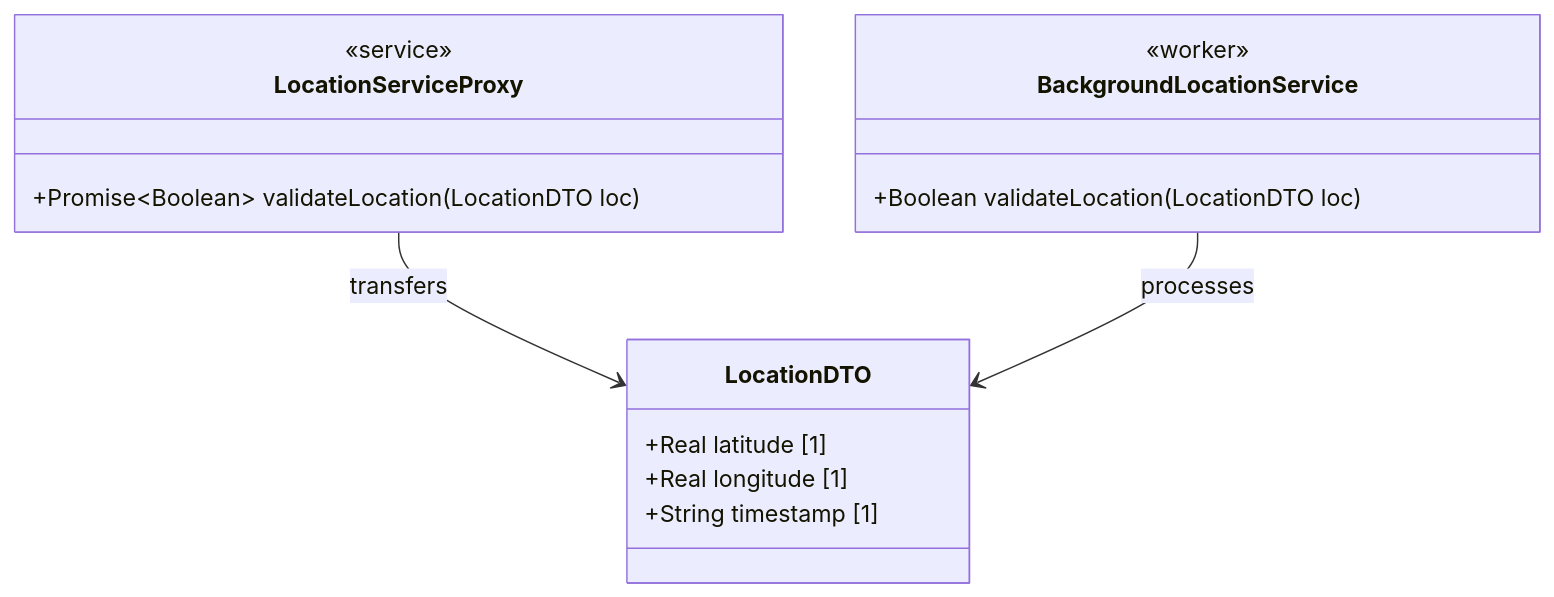
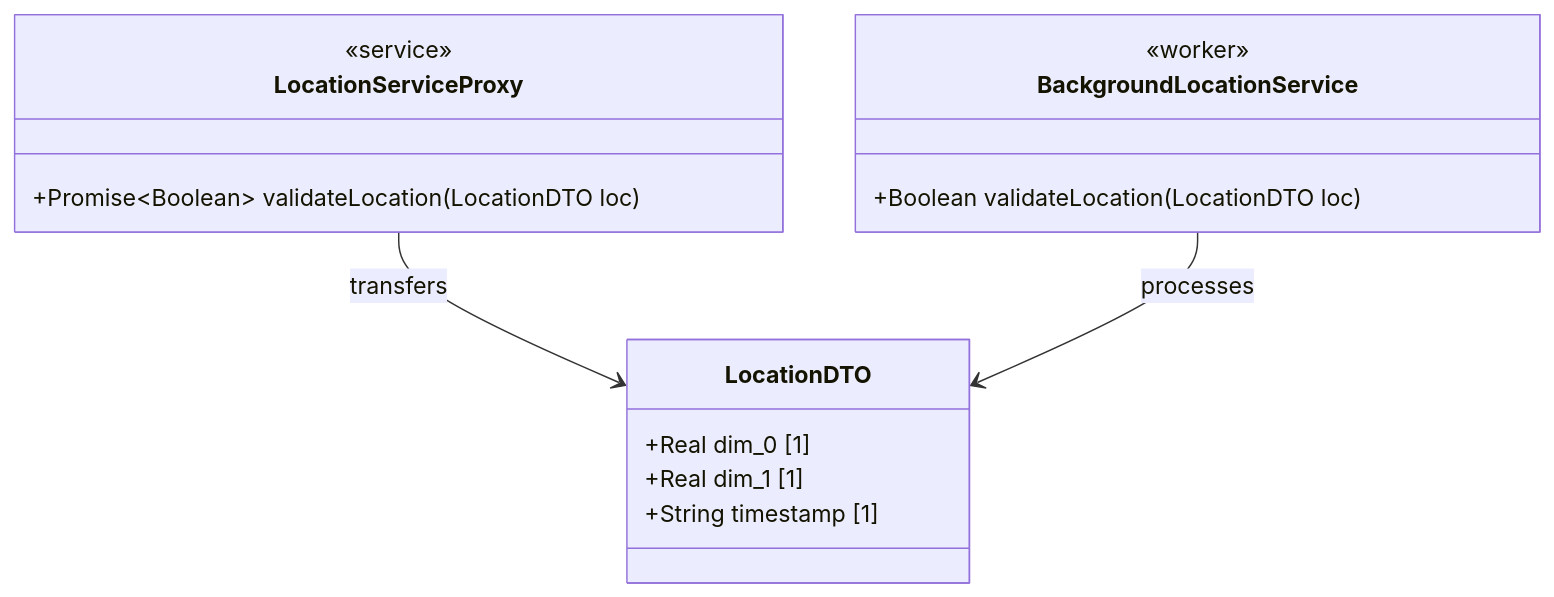
Before and after one commit to gintatkinson/digital-pipeline-repo: the second of 2 diagrams in docs/decisions/uml_frontend_alignment_audit.md, drawn with Mermaid. The commit also changed 36 other files, not shown here.

````diff
--- a/docs/decisions/uml_frontend_alignment_audit.md
+++ b/docs/decisions/uml_frontend_alignment_audit.md
@@ -96,18 +96,18 @@
 ```mermaid
 classDiagram
     class LocationDTO {
-        +Real latitude [1]
-        +Real longitude [1]
+        +Real dim_0 [1]
+        +Real dim_1 [1]
         +String timestamp [1]
     }
     class LocationServiceProxy {
         <<service>>
         +Promise~Boolean~ validateLocation(LocationDTO loc)
     }
     class BackgroundLocationService {
         <<worker>>
         +Boolean validateLocation(LocationDTO loc)
     }
     LocationServiceProxy --> LocationDTO : transfers
     BackgroundLocationService --> LocationDTO : processes
 ```
````
